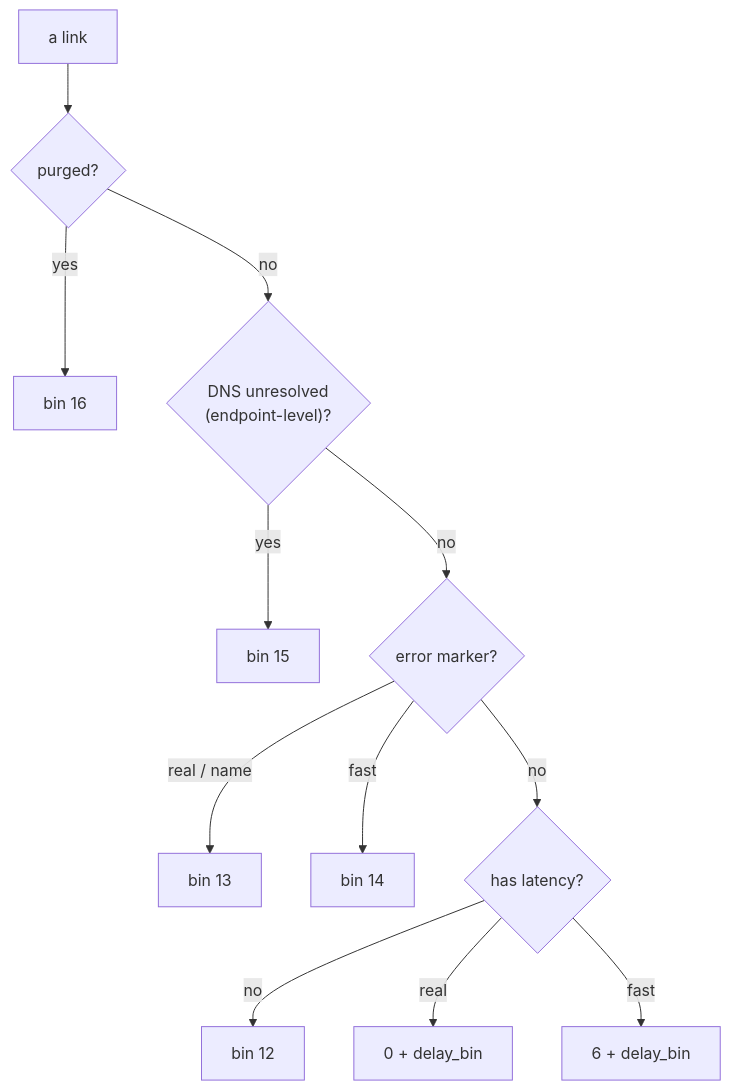
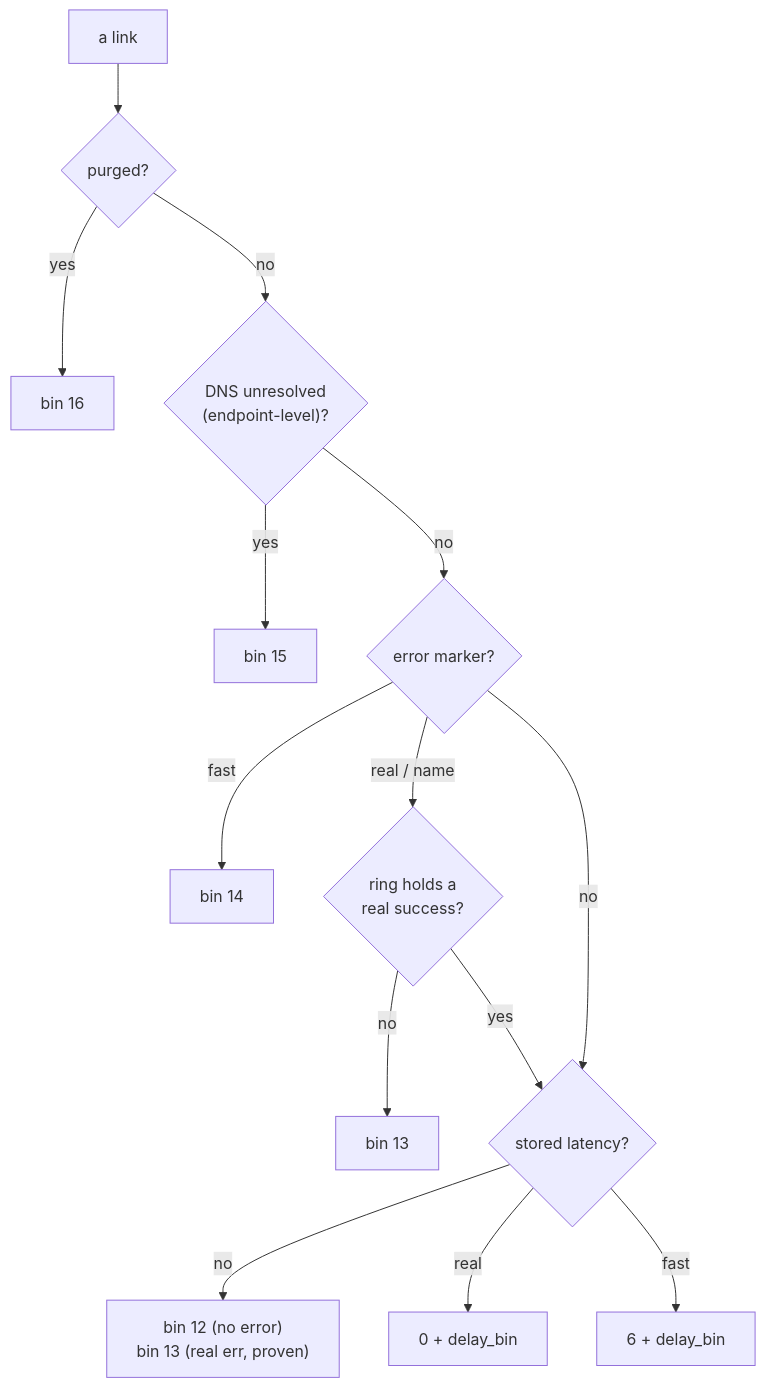
Before and after one commit to SaelKimberly/leas: the first of 2 diagrams in docs/reference/ordering-law.md, drawn with Mermaid. The commit also changed other lines of this file and 2 other files, not shown here.

First line of the commit message:
feat(ui): main-grid Stab column after Test (representative link's ring, colored)

````diff
--- a/docs/reference/ordering-law.md
+++ b/docs/reference/ordering-law.md
@@ -91,14 +93,16 @@
 ```mermaid
 flowchart TD
     A["a link"] --> P{"purged?"}
     P -- yes --> B16["bin 16"]
     P -- no --> D{"DNS unresolved<br/>(endpoint-level)?"}
     D -- yes --> B15["bin 15"]
     D -- no --> E{"error marker?"}
-    E -- "real / name" --> B13["bin 13"]
     E -- "fast" --> B14["bin 14"]
-    E -- no --> M{"has latency?"}
-    M -- "no" --> B12["bin 12"]
+    E -- "real / name" --> PR{"ring holds a<br/>real success?"}
+    PR -- "no" --> B13["bin 13"]
+    PR -- "yes" --> M{"stored latency?"}
+    E -- no --> M
+    M -- "no" --> B12["bin 12 (no error)<br/>bin 13 (real err, proven)"]
     M -- "real" --> R["0 + delay_bin"]
     M -- "fast" --> F["6 + delay_bin"]
 ```
````
